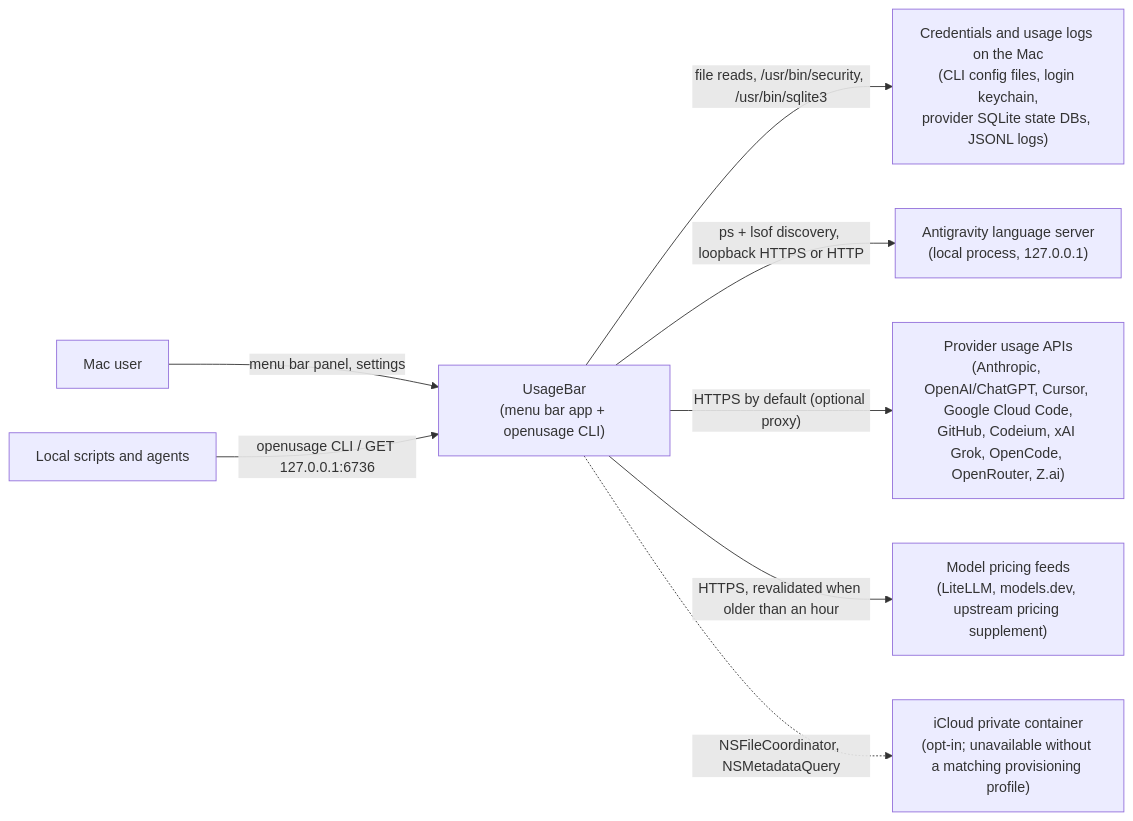
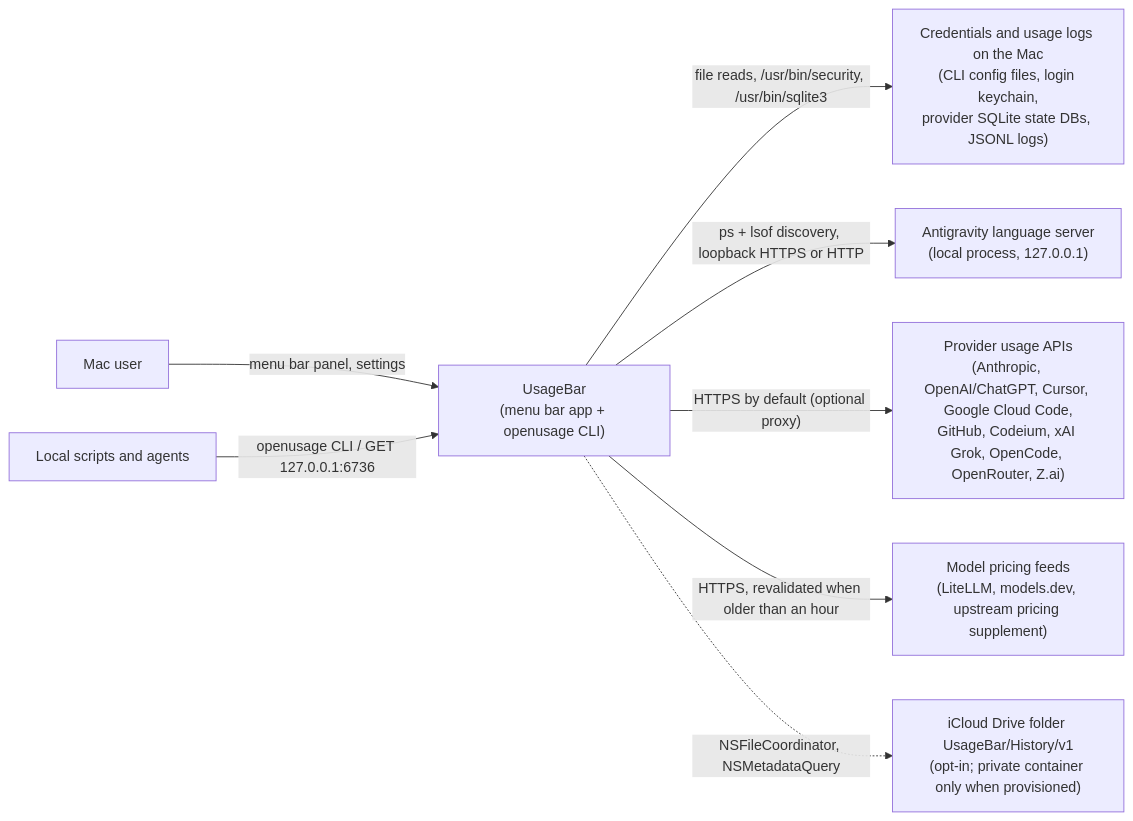
Before and after one commit to omar16100/usagebar-no-tel: the diagram in docs/c4model.md, drawn with Mermaid. The commit also changed other lines of this file and 4 other files, not shown here.

````diff
--- a/docs/c4model.md
+++ b/docs/c4model.md
@@ -18,19 +18,19 @@
 ```mermaid
 flowchart LR
     user["Mac user"]
     scripts["Local scripts and agents"]
     app["UsageBar<br/>(menu bar app + openusage CLI)"]
     local["Credentials and usage logs on the Mac<br/>(CLI config files, login keychain,<br/>provider SQLite state DBs, JSONL logs)"]
     ls["Antigravity language server<br/>(local process, 127.0.0.1)"]
     providers["Provider usage APIs<br/>(Anthropic, OpenAI/ChatGPT, Cursor, Google Cloud Code,<br/>GitHub, Codeium, xAI Grok, OpenCode, OpenRouter, Z.ai)"]
     pricing["Model pricing feeds<br/>(LiteLLM, models.dev, upstream pricing supplement)"]
-    icloud["iCloud private container<br/>(opt-in; unavailable without a matching provisioning profile)"]
+    icloud["iCloud Drive folder UsageBar/History/v1<br/>(opt-in; private container only when provisioned)"]
 
     user -- "menu bar panel, settings" --> app
     scripts -- "openusage CLI / GET 127.0.0.1:6736" --> app
     app -- "file reads, /usr/bin/security, /usr/bin/sqlite3" --> local
     app -- "ps + lsof discovery, loopback HTTPS or HTTP" --> ls
     app -- "HTTPS by default (optional proxy)" --> providers
     app -- "HTTPS, revalidated when older than an hour" --> pricing
     app -. "NSFileCoordinator, NSMetadataQuery" .-> icloud
 ```
````
